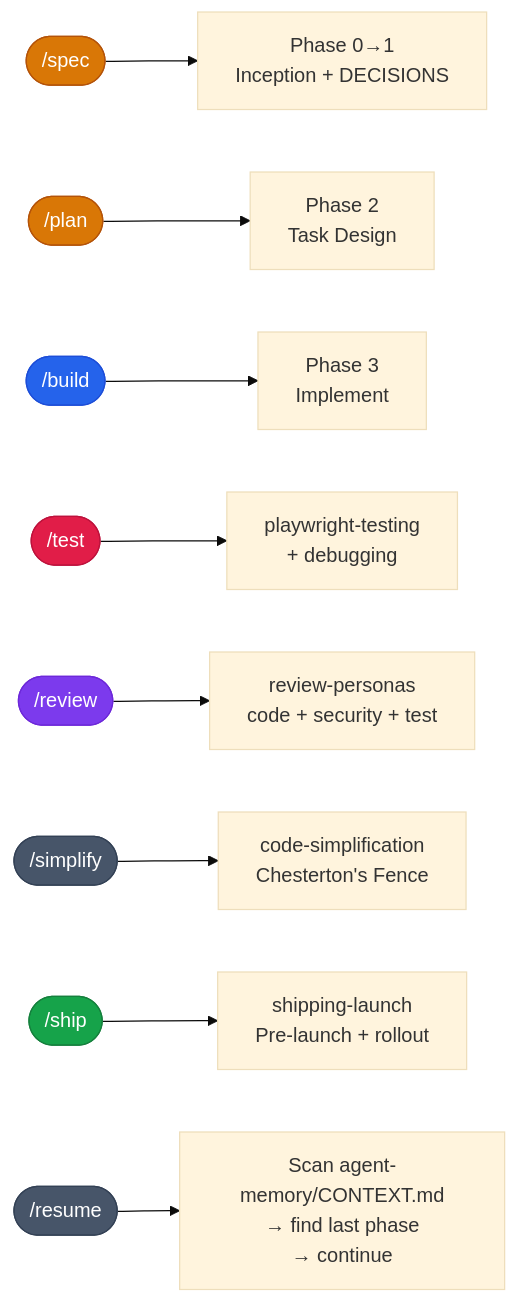
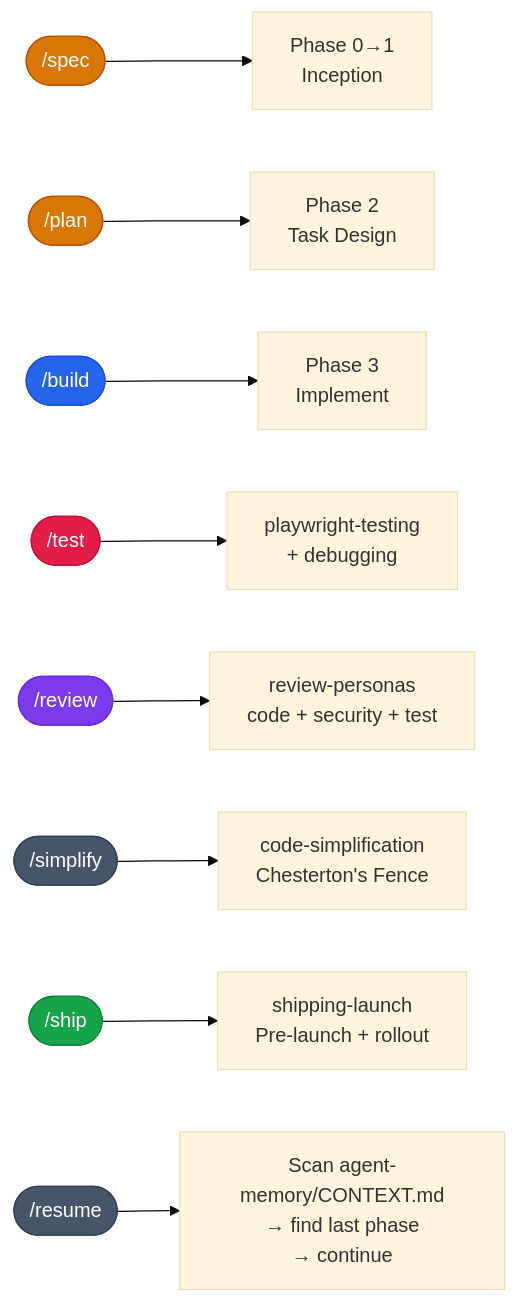
Before and after one commit to Vit129/skills: diagram 11 of 11 in skills/aidlc/aidlc-flowchart.md, drawn with Mermaid (base theme). The commit also changed 15 other files, not shown here.

````diff
--- a/skills/aidlc/aidlc-flowchart.md
+++ b/skills/aidlc/aidlc-flowchart.md
@@ -368,20 +368,20 @@
 ```mermaid
 flowchart LR
-    Spec([/spec]) --> P01[Phase 0→1<br/>Inception + DECISIONS]
+    Spec([/spec]) --> P01[Phase 0→1<br/>Inception]
     Plan([/plan]) --> P2[Phase 2<br/>Task Design]
     Build([/build]) --> P3[Phase 3<br/>Implement]
     Test([/test]) --> QATest[playwright-testing<br/>+ debugging]
     Review([/review]) --> ReviewP[review-personas<br/>code + security + test]
     Simplify([/simplify]) --> CodeSimp[code-simplification<br/>Chesterton's Fence]
     Ship([/ship]) --> ShipL[shipping-launch<br/>Pre-launch + rollout]
     Resume([/resume]) --> Scan[Scan agent-memory/CONTEXT.md<br/>→ find last phase<br/>→ continue]
 
     style Spec fill:#d97706,color:#fff,stroke:#b45309
     style Plan fill:#d97706,color:#fff,stroke:#b45309
     style Build fill:#2563eb,color:#fff,stroke:#1d4ed8
     style Test fill:#e11d48,color:#fff,stroke:#be123c
     style Review fill:#7c3aed,color:#fff,stroke:#6d28d9
     style Simplify fill:#475569,color:#fff,stroke:#334155
     style Ship fill:#16a34a,color:#fff,stroke:#15803d
     style Resume fill:#475569,color:#fff,stroke:#334155
 ```
````
